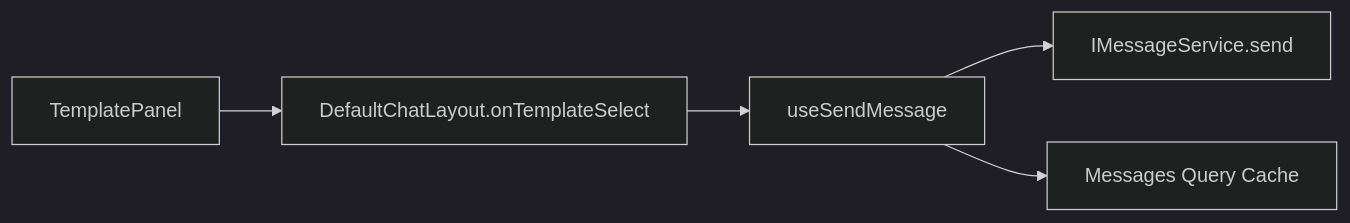
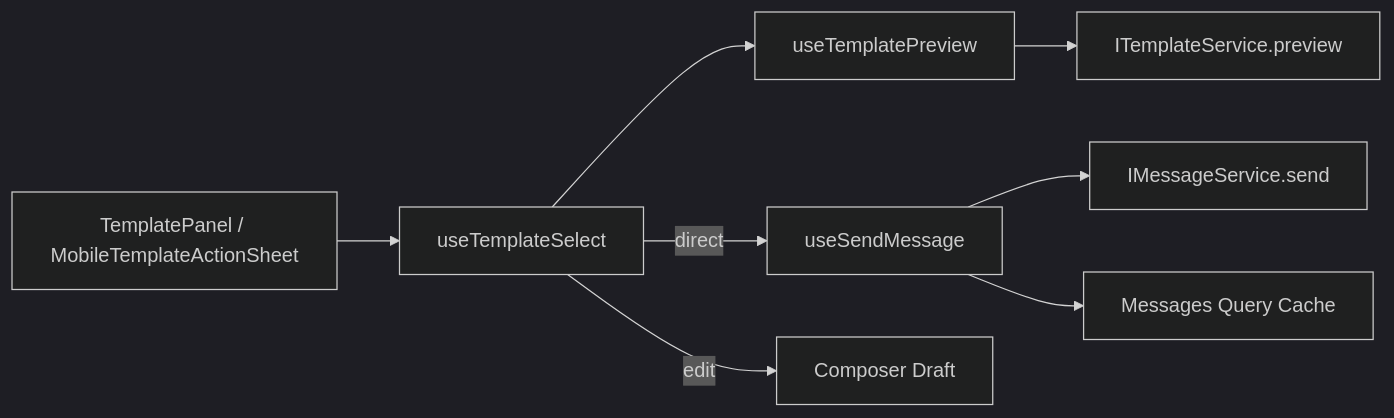
Before and after one commit to givingwu/bifrost-chat: the third of 4 diagrams in design/architecture-diagrams.md, drawn with Mermaid (dark theme). The commit also changed other lines of this file and 26 other files, not shown here.

````diff
--- a/design/architecture-diagrams.md
+++ b/design/architecture-diagrams.md
@@ -86,7 +86,10 @@
 ```mermaid
 graph LR
-  TP[TemplatePanel] --> DSL[DefaultChatLayout.onTemplateSelect]
-  DSL --> USM[useSendMessage]
+  TP[TemplatePanel / MobileTemplateActionSheet] --> UTS[useTemplateSelect]
+  UTS --> UTP[useTemplatePreview]
+  UTP --> ITS[ITemplateService.preview]
+  UTS -->|direct| USM[useSendMessage]
+  UTS -->|edit| Draft[Composer Draft]
   USM --> IMS[IMessageService.send]
   USM --> MQC[Messages Query Cache]
 ```
````
